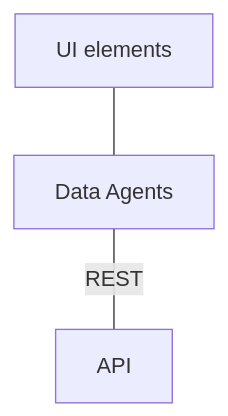
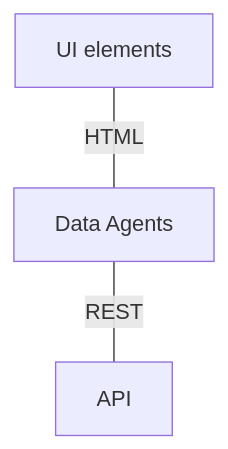
Before and after one commit to eclipse/eclipsefuro: the diagram in docs/furo/content/docs/web-components.md, drawn with Mermaid.

Commit message:
docs: page web components

```diff
--- a/docs/furo/content/docs/web-components.md
+++ b/docs/furo/content/docs/web-components.md
@@ -23,5 +23,5 @@
 {{< mermaid >}}
 graph TD
-UI[UI elements]  --- agent[Data Agents]
+UI[UI elements]-- HTML ---agent[Data Agents]
 agent-- REST ---API
 {{< /mermaid >}}
```
